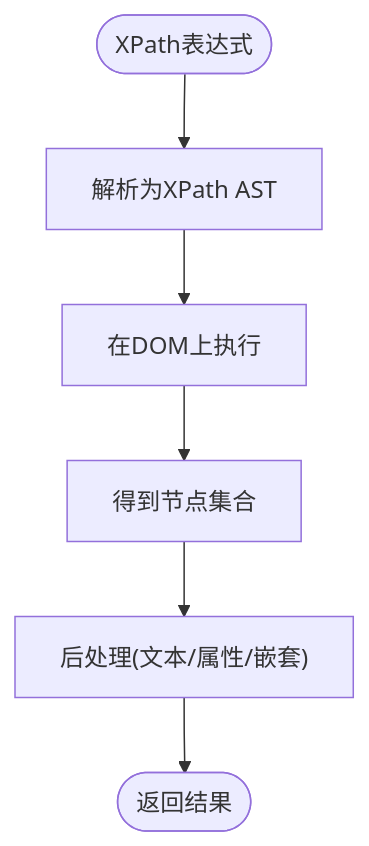
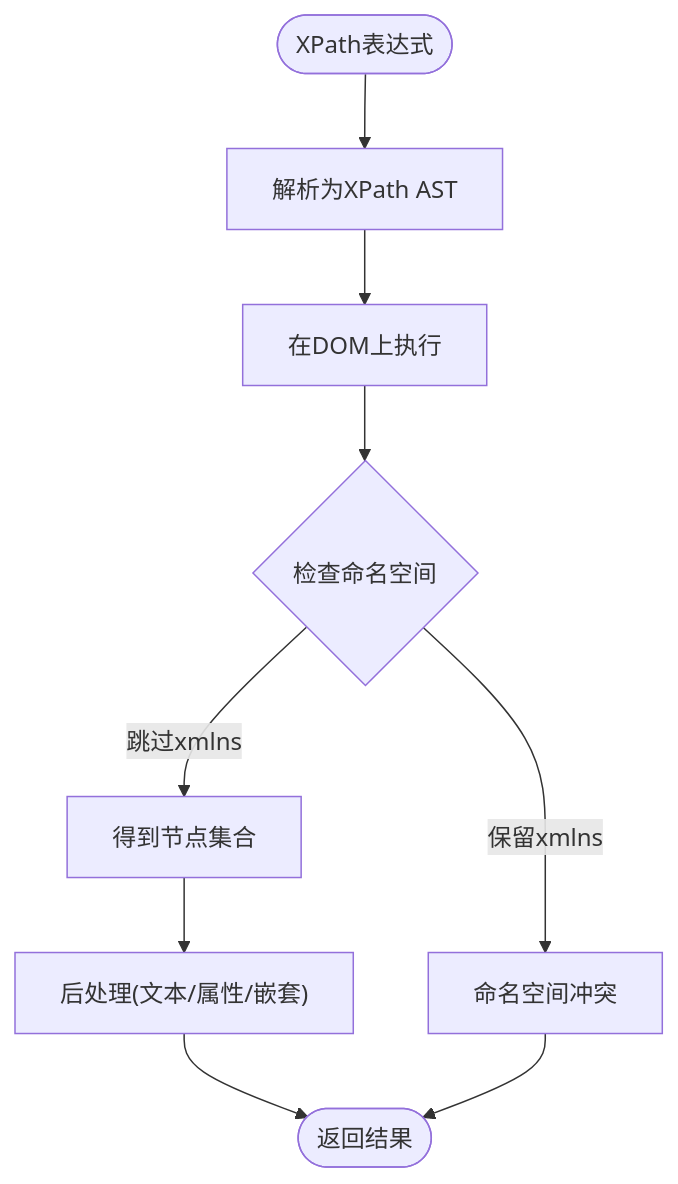
The seventh of 8 diagrams in .qoder/repowiki/zh/content/Rust核心库/解析引擎/解析引擎.md (ZhangGHGitHub/LegadoTeamFlutter), drawn with Mermaid before and after one commit. The commit also changed other lines of this file and 173 other files, not shown here.

````diff
--- a/.qoder/repowiki/zh/content/Rust核心库/解析引擎/解析引擎.md
+++ b/.qoder/repowiki/zh/content/Rust核心库/解析引擎/解析引擎.md
@@ -266,8 +299,11 @@
 ```mermaid
 flowchart TD
 A(["XPath表达式"]) --> Parse["解析为XPath AST"]
 Parse --> Eval["在DOM上执行"]
-Eval --> Nodes["得到节点集合"]
+Eval --> NS{"检查命名空间"}
+NS --> |跳过xmlns| Nodes["得到节点集合"]
+NS --> |保留xmlns| Error["命名空间冲突"]
 Nodes --> Post["后处理(文本/属性/嵌套)"]
 Post --> Res(["返回结果"])
+Error --> Res
 ```
````
